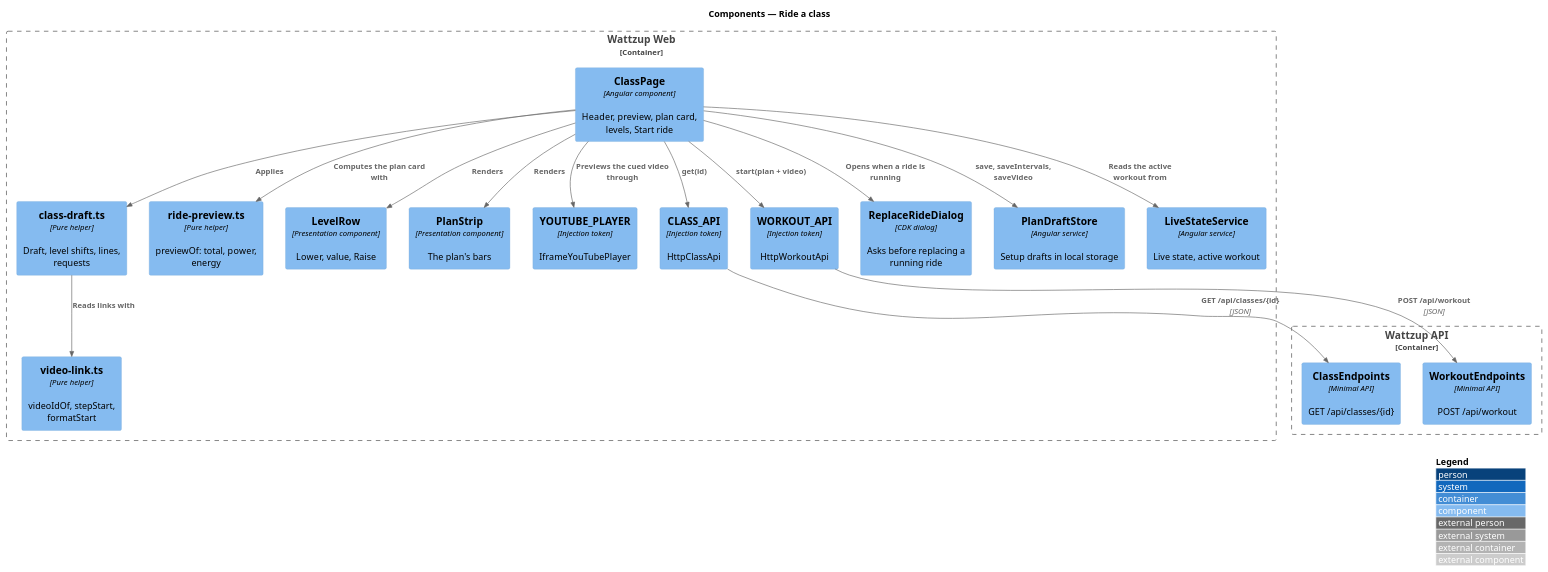
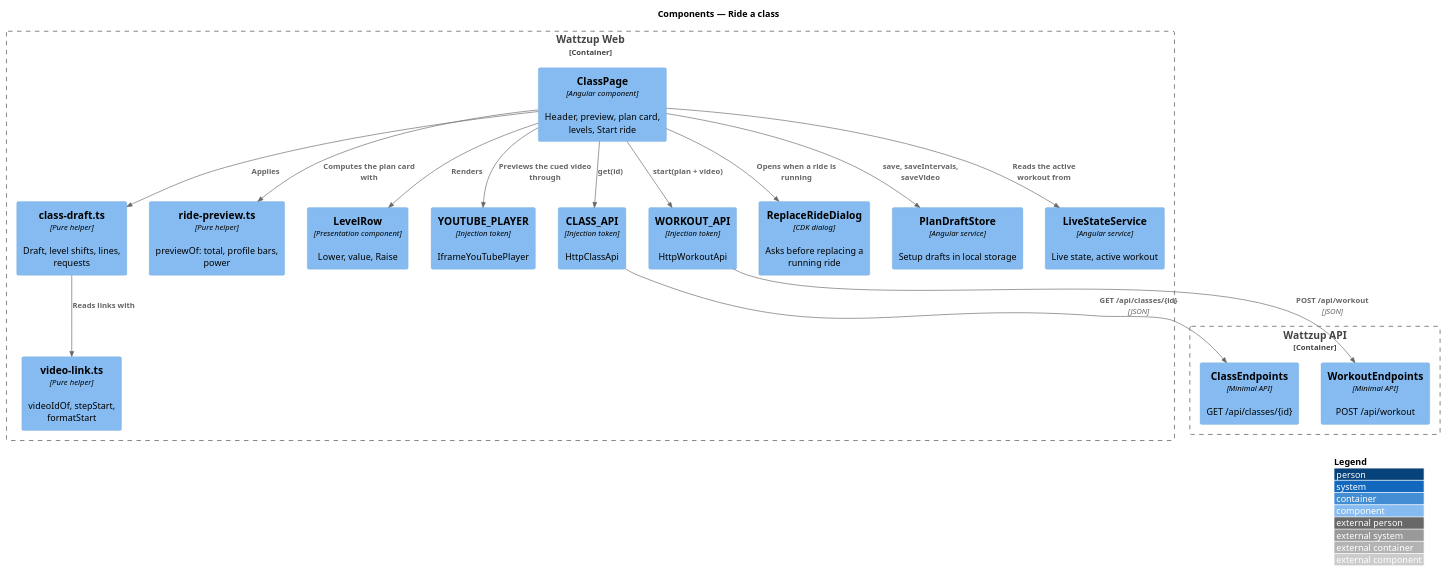
One commit to QuinntyneBrown/ride-one changed the diagram in docs/detailed-designs/classes/ride-a-class/diagrams/c4-component.puml. Above: the diagram before and after it, drawn with PlantUML. The commit also changed 10 other files, not shown here.

```diff
--- a/docs/detailed-designs/classes/ride-a-class/diagrams/c4-component.puml
+++ b/docs/detailed-designs/classes/ride-a-class/diagrams/c4-component.puml
@@ -1,38 +1,36 @@
 @startuml
 !include <C4/C4_Component>
 LAYOUT_WITH_LEGEND()
 title Components — Ride a class
 
 Container_Boundary(web, "Wattzup Web") {
   Component(page, "ClassPage", "Angular component", "Header, preview, plan card, levels, Start ride")
   Component(draft, "class-draft.ts", "Pure helper", "Draft, level shifts, lines, requests")
   Component(link, "video-link.ts", "Pure helper", "videoIdOf, stepStart, formatStart")
-  Component(preview, "ride-preview.ts", "Pure helper", "previewOf: total, power, energy")
+  Component(preview, "ride-preview.ts", "Pure helper", "previewOf: total, profile bars, power")
   Component(row, "LevelRow", "Presentation component", "Lower, value, Raise")
-  Component(strip, "PlanStrip", "Presentation component", "The plan's bars")
   Component(player, "YOUTUBE_PLAYER", "Injection token", "IframeYouTubePlayer")
   Component(classapi, "CLASS_API", "Injection token", "HttpClassApi")
   Component(workoutapi, "WORKOUT_API", "Injection token", "HttpWorkoutApi")
   Component(dialog, "ReplaceRideDialog", "CDK dialog", "Asks before replacing a running ride")
   Component(drafts, "PlanDraftStore", "Angular service", "Setup drafts in local storage")
   Component(live, "LiveStateService", "Angular service", "Live state, active workout")
 }
 Container_Boundary(api, "Wattzup API") {
   Component(classes, "ClassEndpoints", "Minimal API", "GET /api/classes/{id}")
   Component(workouts, "WorkoutEndpoints", "Minimal API", "POST /api/workout")
 }
 
 Rel(page, classapi, "get(id)")
 Rel(classapi, classes, "GET /api/classes/{id}", "JSON")
 Rel(page, draft, "Applies")
 Rel(draft, link, "Reads links with")
 Rel(page, preview, "Computes the plan card with")
 Rel(page, row, "Renders")
-Rel(page, strip, "Renders")
 Rel(page, player, "Previews the cued video through")
 Rel(page, live, "Reads the active workout from")
 Rel(page, dialog, "Opens when a ride is running")
 Rel(page, workoutapi, "start(plan + video)")
 Rel(workoutapi, workouts, "POST /api/workout", "JSON")
 Rel(page, drafts, "save, saveIntervals, saveVideo")
 @enduml
```
